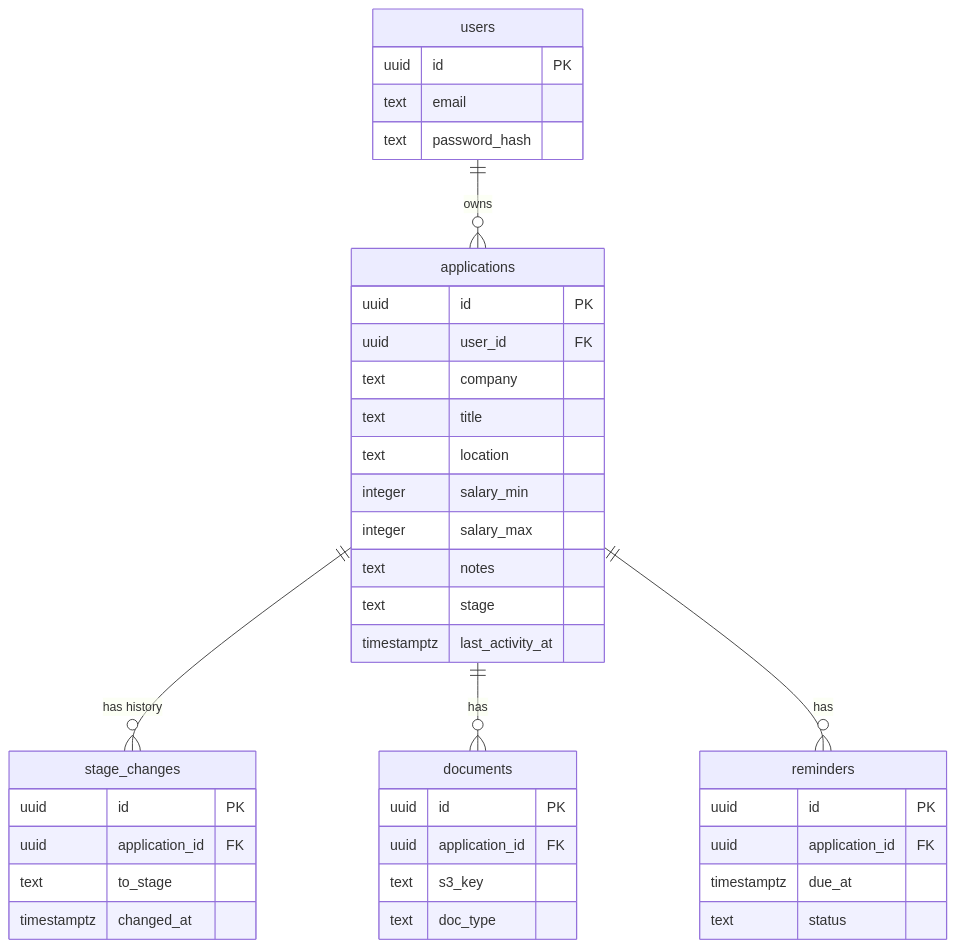
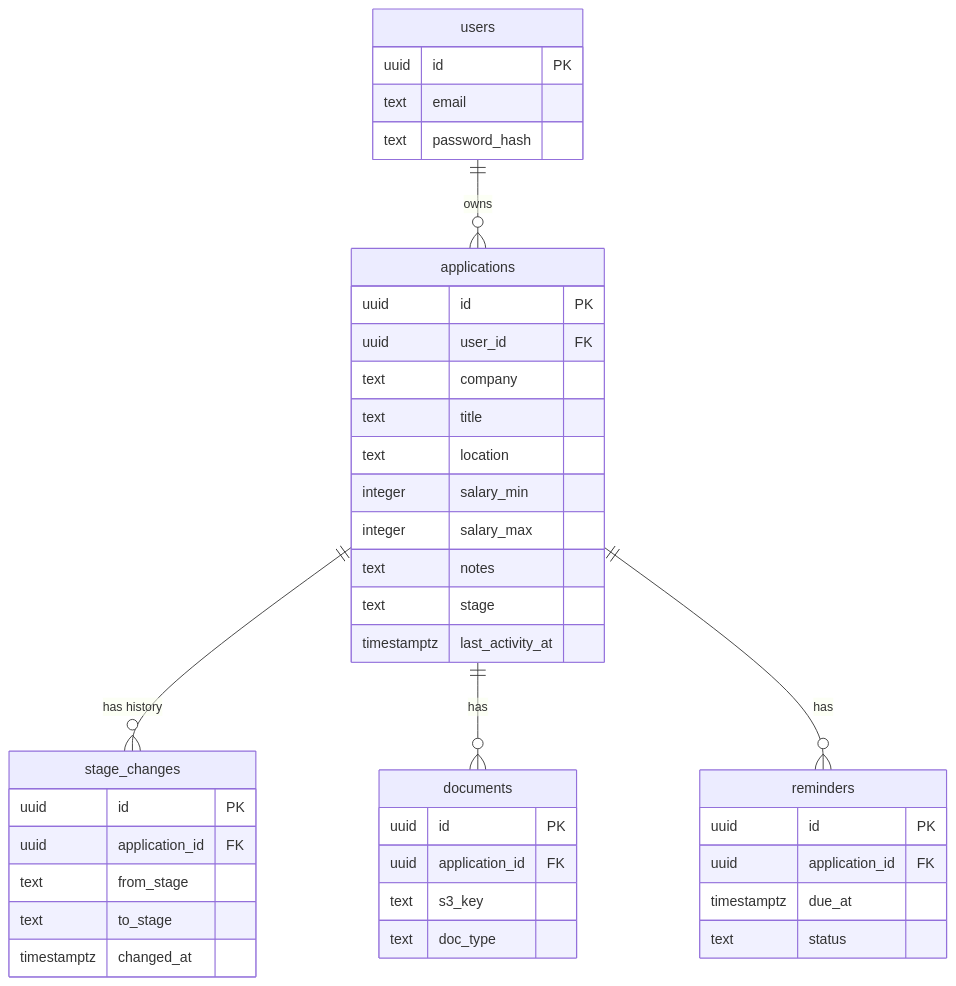
Before and after one commit to aerilynnn/JobApplicationTracker: the diagram in docs/schema.md, drawn with Mermaid. The commit also changed 11 other files, not shown here.

Commit message:
define db schema

````diff
--- a/docs/schema.md
+++ b/docs/schema.md
@@ -1,43 +1,44 @@
 ```mermaid
 erDiagram
     users ||--o{ applications : owns
     applications ||--o{ stage_changes : "has history"
     applications ||--o{ documents : has
     applications ||--o{ reminders : has
 
     users {
         uuid id PK
         text email
         text password_hash
     }
     applications {
         uuid id PK
         uuid user_id FK
         text company
         text title
         text location
         integer salary_min
         integer salary_max
         text notes
         text stage
         timestamptz last_activity_at
     }
     stage_changes {
         uuid id PK
         uuid application_id FK
+        text from_stage
         text to_stage
         timestamptz changed_at
     }
     documents {
         uuid id PK
         uuid application_id FK
         text s3_key
         text doc_type
     }
     reminders {
         uuid id PK
         uuid application_id FK
         timestamptz due_at
         text status
     }
 ```
````
